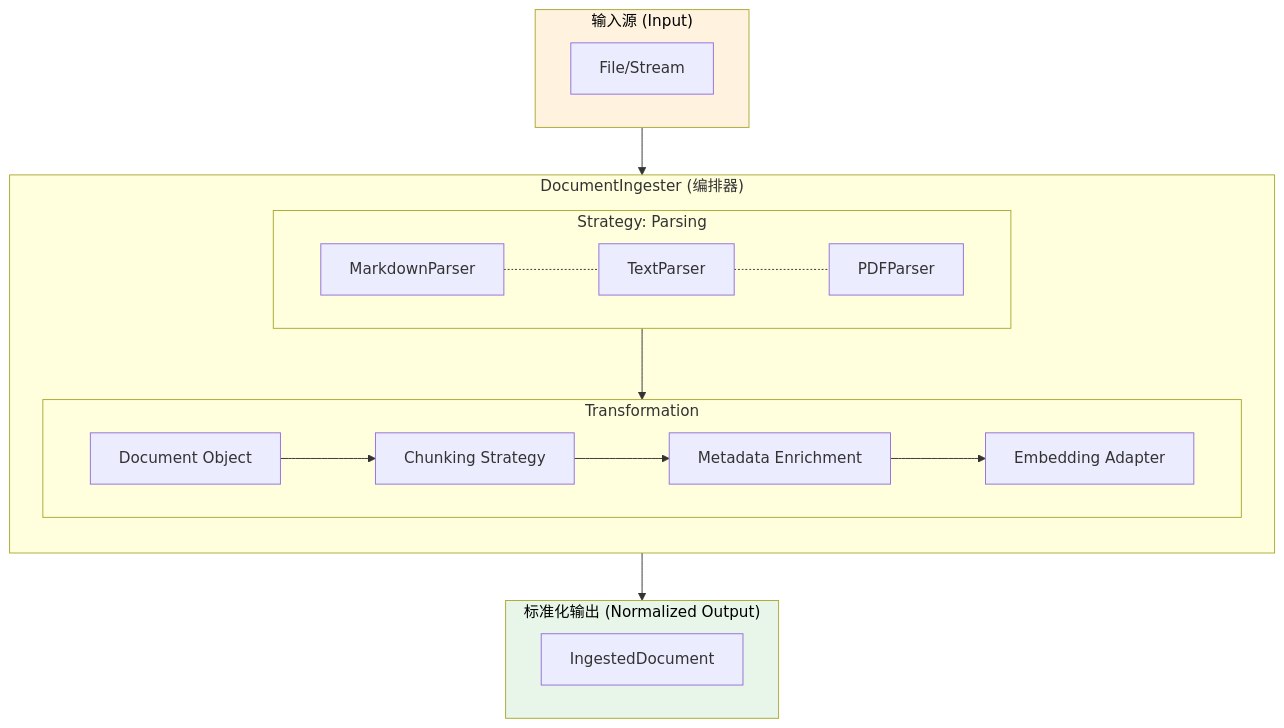
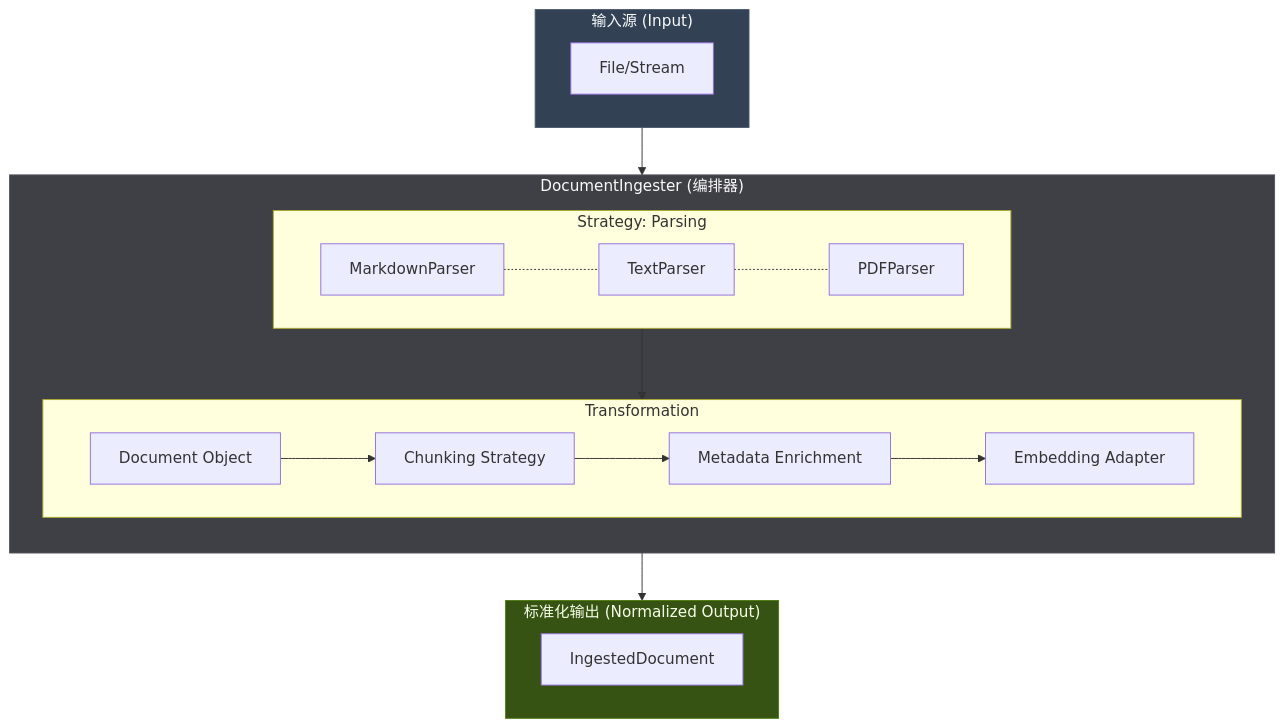
Before and after one commit to ThreeFish-AI/agentic-ai-cognizes: the sixth of 11 diagrams in docs/engine/030-the-perception.md, drawn with Mermaid. The commit also changed other lines of this file, not shown here.

First line of the commit message:
docs(perception): 优化流程图样式配置

````diff
--- a/docs/engine/030-the-perception.md
+++ b/docs/engine/030-the-perception.md
@@ -703,44 +703,45 @@
 ```mermaid
 flowchart TB
     subgraph Input["输入源 (Input)"]
         File[File/Stream]
     end
 
     subgraph Orchestrator["DocumentIngester (编排器)"]
         direction TB
 
         subgraph Parser["Strategy: Parsing"]
             direction LR
 
             MP[MarkdownParser]
             TP[TextParser]
             PP[PDFParser]
 
             MP -.- TP -.- PP
         end
 
         subgraph Transform["Transformation"]
             direction LR
 
             Doc[Document Object]
             Chunker[Chunking Strategy]
             Meta[Metadata Enrichment]
             Embed[Embedding Adapter]
 
             Doc --> Chunker
             Chunker --> Meta
             Meta --> Embed
         end
     end
 
     subgraph Output["标准化输出 (Normalized Output)"]
         ID[IngestedDocument]
     end
 
     Input --> Parser
     Parser --> Transform
     Transform --> Output
 
-    style Input fill:#fff3e0,color:#000
-    style Output fill:#e8f5e9,color:#000
+    style Input fill:#334155,stroke:#475569,color:#f8fafc
+    style Orchestrator fill:#3f3f46,stroke:#52525b,color:#fafafa
+    style Output fill:#365314,stroke:#4d7c0f,color:#f7fee7
 ```
````
